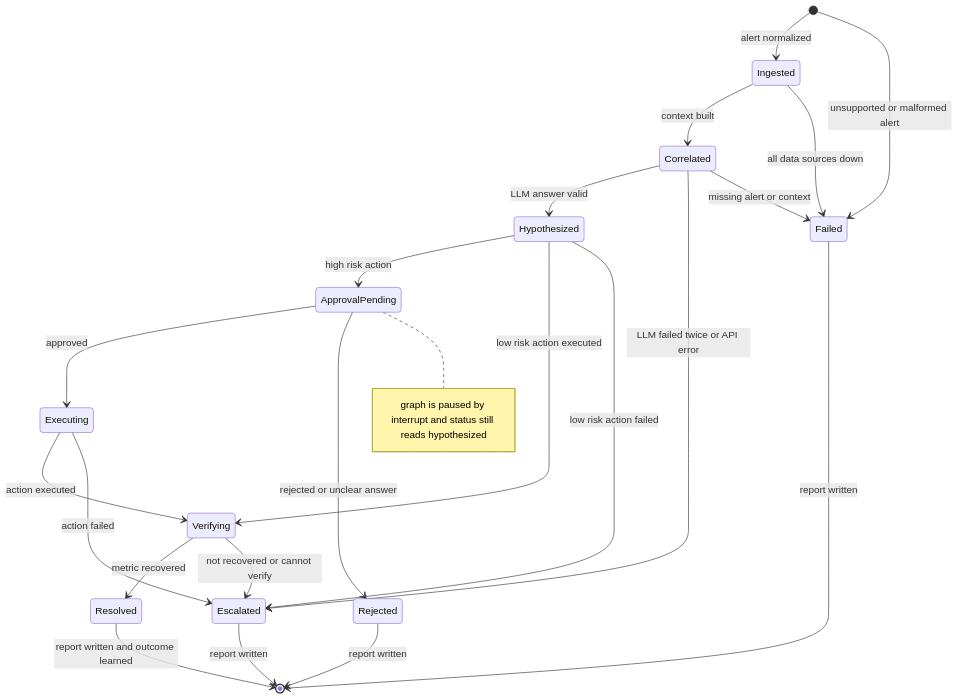
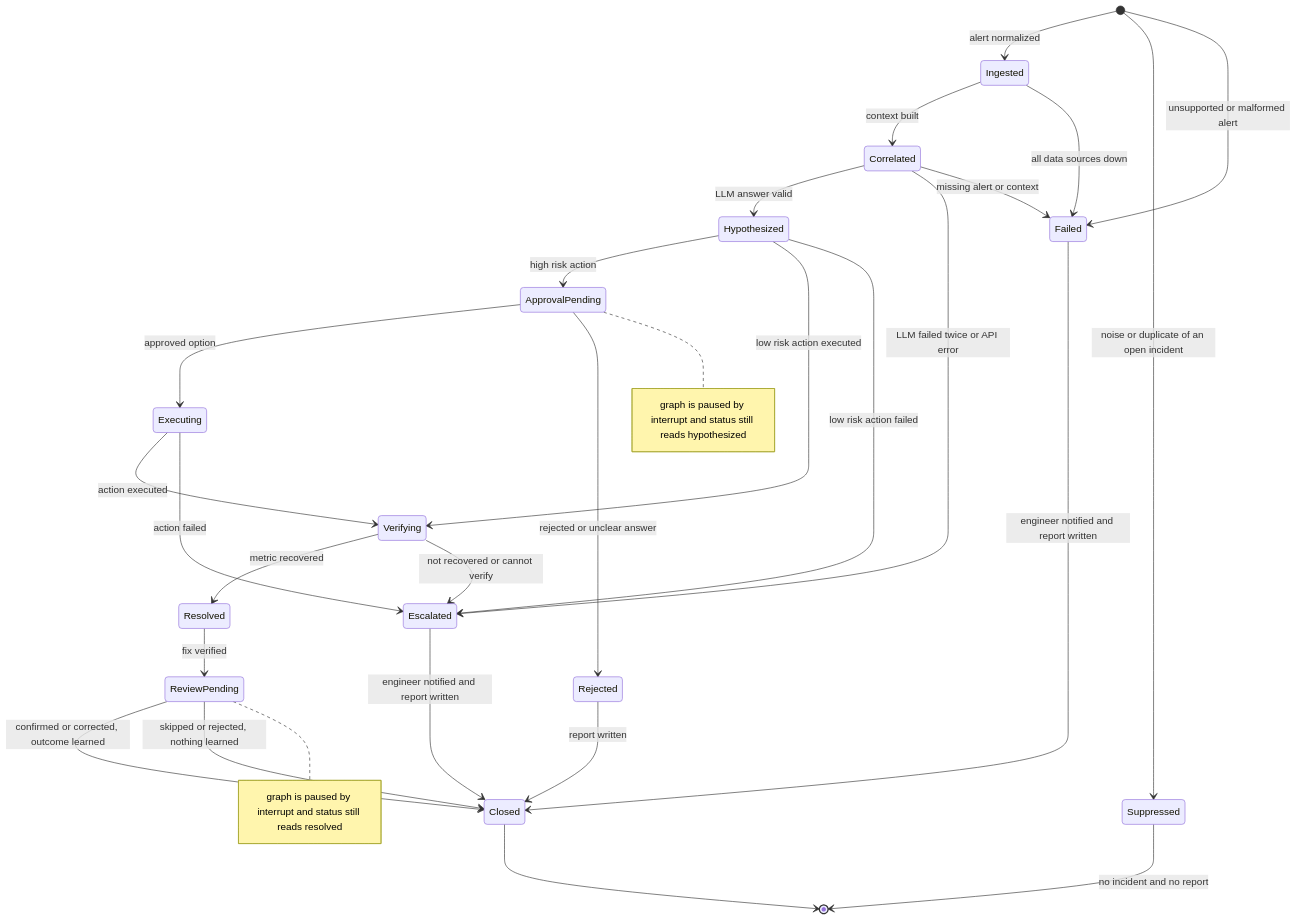
Before and after one commit to Muhammad-Ahmed-Rayyan/OpsSentinel: the fifth of 7 diagrams in docs/architecture.md, drawn with Mermaid. The commit also changed other lines of this file and 4 other files, not shown here.

Commit message:
docs: refresh architecture, rationale, failure handling and proposal alignment

````diff
--- a/docs/architecture.md
+++ b/docs/architecture.md
@@ -145,25 +182,31 @@
 ```mermaid
 stateDiagram-v2
     [*] --> Ingested: alert normalized
+    [*] --> Suppressed: noise or duplicate of an open incident
     [*] --> Failed: unsupported or malformed alert
     Ingested --> Correlated: context built
     Ingested --> Failed: all data sources down
     Correlated --> Hypothesized: LLM answer valid
     Correlated --> Escalated: LLM failed twice or API error
     Correlated --> Failed: missing alert or context
     Hypothesized --> ApprovalPending: high risk action
     Hypothesized --> Verifying: low risk action executed
     Hypothesized --> Escalated: low risk action failed
-    ApprovalPending --> Executing: approved
+    ApprovalPending --> Executing: approved option
     ApprovalPending --> Rejected: rejected or unclear answer
     Executing --> Verifying: action executed
     Executing --> Escalated: action failed
     Verifying --> Resolved: metric recovered
     Verifying --> Escalated: not recovered or cannot verify
-    Resolved --> [*]: report written and outcome learned
-    Rejected --> [*]: report written
-    Escalated --> [*]: report written
-    Failed --> [*]: report written
+    Resolved --> ReviewPending: fix verified
+    ReviewPending --> Closed: confirmed or corrected, outcome learned
+    ReviewPending --> Closed: skipped or rejected, nothing learned
+    Suppressed --> [*]: no incident and no report
+    Rejected --> Closed: report written
+    Escalated --> Closed: engineer notified and report written
+    Failed --> Closed: engineer notified and report written
+    Closed --> [*]
 
     note right of ApprovalPending : graph is paused by interrupt and status still reads hypothesized
+    note right of ReviewPending : graph is paused by interrupt and status still reads resolved
 ```
````
